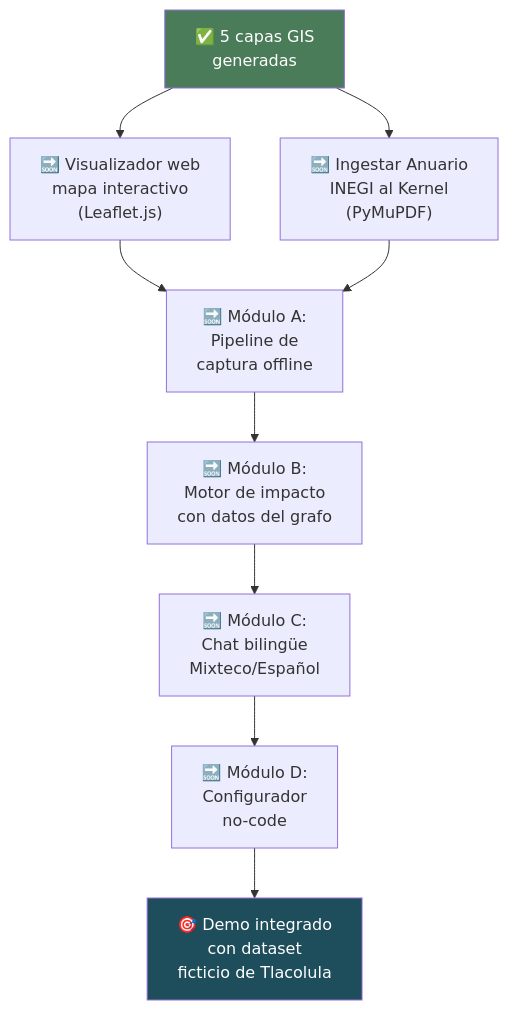
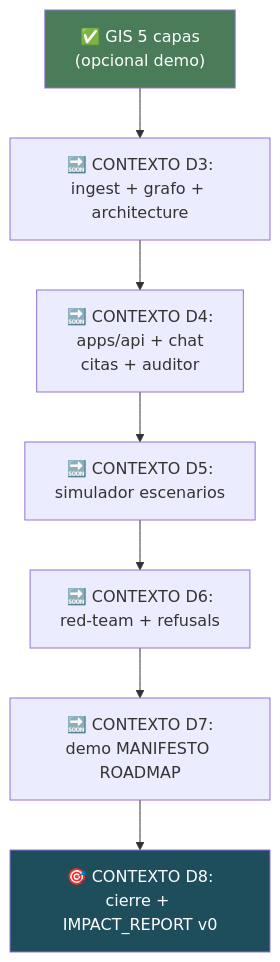
One commit to ariutokintumi/IAldea-org changed the tenth of 10 diagrams in docs/planning/plan_producto_unificado.md. Above: the diagram before and after it, drawn with Mermaid. The commit also changed other lines of this file and 18 other files, not shown here.

````diff
--- a/docs/planning/plan_producto_unificado.md
+++ b/docs/planning/plan_producto_unificado.md
@@ -674,14 +729,12 @@
 ```mermaid
 graph TD
-    A["✅ 5 capas GIS<br/>generadas"] --> B["🔜 Visualizador web<br/>mapa interactivo<br/>(Leaflet.js)"]
-    A --> C["🔜 Ingestar Anuario<br/>INEGI al Kernel<br/>(PyMuPDF)"]
-    B --> D["🔜 Módulo A:<br/>Pipeline de<br/>captura offline"]
-    C --> D
-    D --> E["🔜 Módulo B:<br/>Motor de impacto<br/>con datos del grafo"]
-    E --> F["🔜 Módulo C:<br/>Chat bilingüe<br/>Mixteco/Español"]
-    F --> G["🔜 Módulo D:<br/>Configurador<br/>no-code"]
-    G --> H["🎯 Demo integrado<br/>con dataset<br/>ficticio de Tlacolula"]
+    A["✅ GIS 5 capas<br/>(opcional demo)"] --> B["🔜 CONTEXTO D3:<br/>ingest + grafo + architecture"]
+    B --> C["🔜 CONTEXTO D4:<br/>apps/api + chat<br/>citas + auditor"]
+    C --> D["🔜 CONTEXTO D5:<br/>simulador escenarios"]
+    D --> E["🔜 CONTEXTO D6:<br/>red-team + refusals"]
+    E --> F["🔜 CONTEXTO D7:<br/>demo MANIFESTO ROADMAP"]
+    F --> G["🎯 CONTEXTO D8:<br/>cierre + IMPACT_REPORT v0"]
 
     style A fill:#4A7C59,color:#fff
-    style H fill:#1E4D5C,color:#fff
+    style G fill:#1E4D5C,color:#fff
 ```
````
